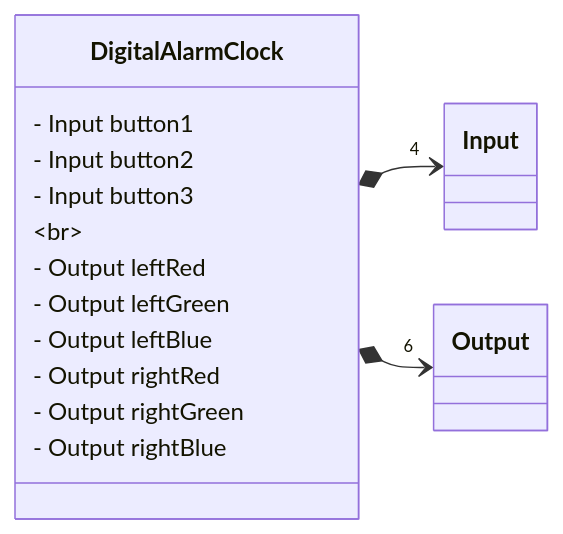
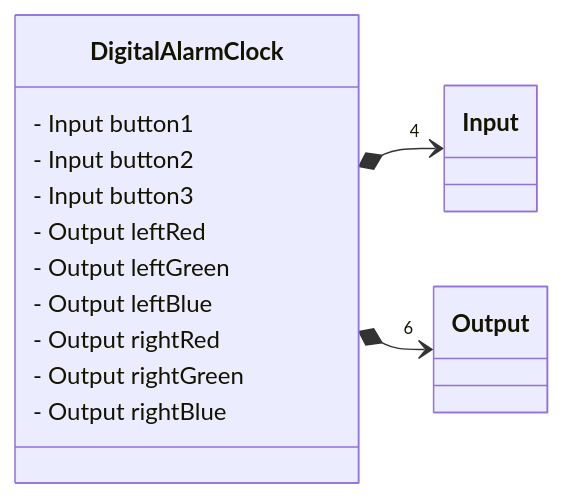
One commit to vermilion9312/digital-alarm-clock changed the diagram in README.md. Above: the diagram before and after it, drawn with Mermaid.

````diff
--- a/README.md
+++ b/README.md
@@ -10,27 +10,27 @@
 ```mermaid
 classDiagram
 direction LR
 
 class Input {
 }
 
 class Output {
 }
 
 class DigitalAlarmClock {
     - Input button1
     - Input button2
     - Input button3
-    <br/>
+    
     - Output leftRed
     - Output leftGreen
     - Output leftBlue
 
     - Output rightRed
     - Output rightGreen
     - Output rightBlue
 }
 
 DigitalAlarmClock *--> "4" Input
 DigitalAlarmClock *--> "6" Output
 ```
````
